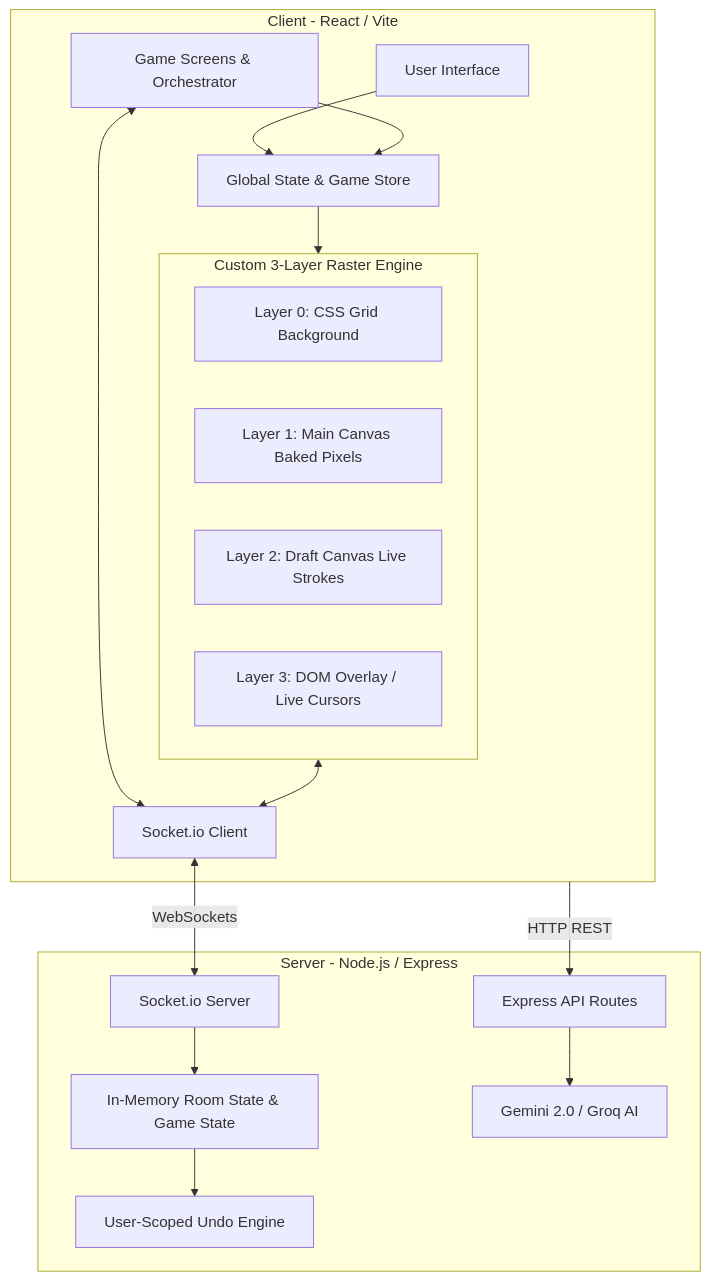
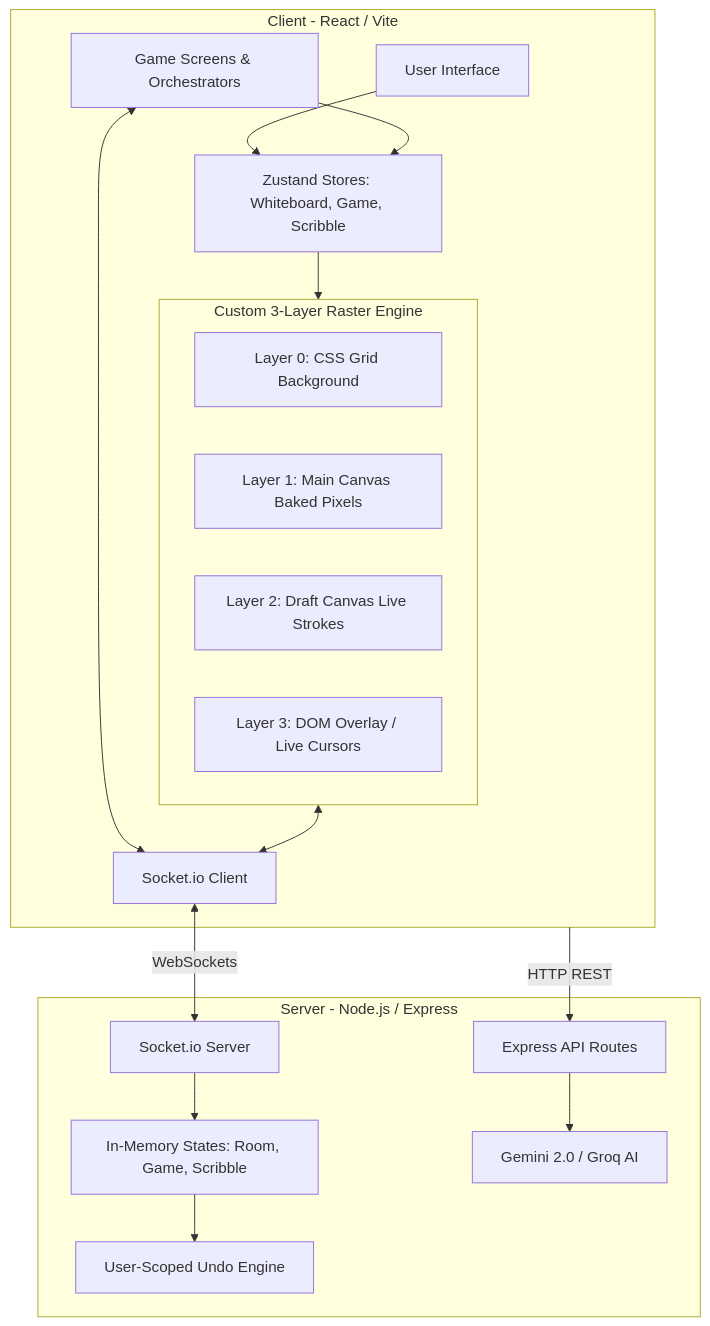
Before and after one commit to Gaurravvvv/Draw: the diagram in README.md, drawn with Mermaid. The commit also changed other lines of this file and 22 other files, not shown here.

````diff
--- a/README.md
+++ b/README.md
@@ -9,35 +9,35 @@
 ```mermaid
 graph TD
     subgraph Frontend [Client - React / Vite]
         UI[User Interface]
-        Zustand[Global State & Game Store]
+        Zustand[Zustand Stores: Whiteboard, Game, Scribble]
         subgraph Engine [Custom 3-Layer Raster Engine]
             L0[Layer 0: CSS Grid Background]
             L1[Layer 1: Main Canvas Baked Pixels]
             L2[Layer 2: Draft Canvas Live Strokes]
             L3[Layer 3: DOM Overlay / Live Cursors]
         end
-        GameScreens[Game Screens & Orchestrator]
+        GameScreens[Game Screens & Orchestrators]
         UI --> Zustand
         GameScreens --> Zustand
         Zustand --> Engine
         SocketClient[Socket.io Client]
         Engine <--> SocketClient
         GameScreens <--> SocketClient
     end
 
     subgraph Backend [Server - Node.js / Express]
         SocketServer[Socket.io Server]
-        RoomState[In-Memory Room State & Game State]
+        RoomState[In-Memory States: Room, Game, Scribble]
         UndoEngine[User-Scoped Undo Engine]
         API[Express API Routes]
         ExternalAI[Gemini 2.0 / Groq AI]
         
         SocketServer --> RoomState
         RoomState --> UndoEngine
         API --> ExternalAI
     end
 
     SocketClient <-->|WebSockets| SocketServer
     Frontend -->|HTTP REST| API
 ```
````
